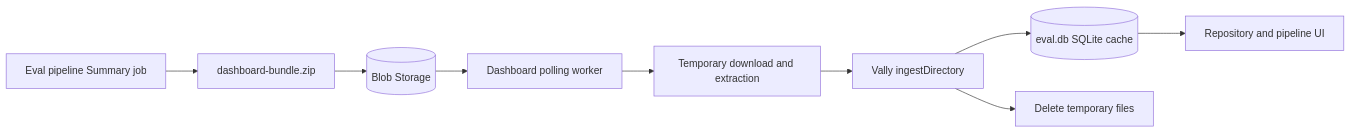
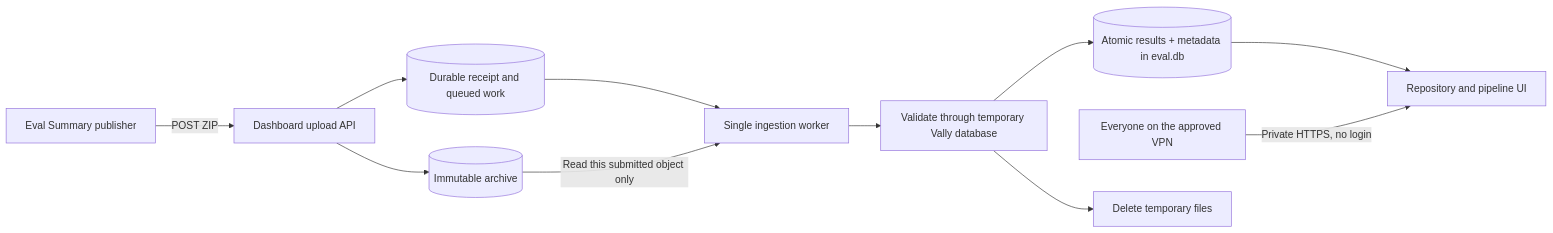
One commit to Azure/azure-sdk-tools changed the diagram in tools/eval-pipeline-dashboard/README.md. Above: the diagram before and after it, drawn with Mermaid. The commit also changed other lines of this file and 48 other files, not shown here.

First line of the commit message:
Implement durable push ingestion and Azure deployment for eval dashboard

````diff
--- a/tools/eval-pipeline-dashboard/README.md
+++ b/tools/eval-pipeline-dashboard/README.md
@@ -45,11 +77,13 @@
 ```mermaid
 flowchart LR
-  Pipeline[Eval pipeline Summary job] --> Bundle[dashboard-bundle.zip]
-  Bundle --> Store[(Blob Storage)]
-  Store --> Poller[Dashboard polling worker]
-  Poller --> Temp[Temporary download and extraction]
-  Temp --> Vally[Vally ingestDirectory]
-  Vally --> SQLite[(eval.db SQLite cache)]
+  Pipeline[Eval Summary publisher] -->|POST ZIP| API[Dashboard upload API]
+  API --> Store[(Immutable archive)]
+  API --> Receipt[(Durable receipt and queued work)]
+  Receipt --> Worker[Single ingestion worker]
+  Store -->|Read this submitted object only| Worker
+  Worker --> Vally[Validate through temporary Vally database]
+  Vally --> SQLite[(Atomic results + metadata in eval.db)]
   SQLite --> Web[Repository and pipeline UI]
+  Viewers[Everyone on the approved VPN] -->|Private HTTPS, no login| Web
   Vally --> Cleanup[Delete temporary files]
 ```
````
